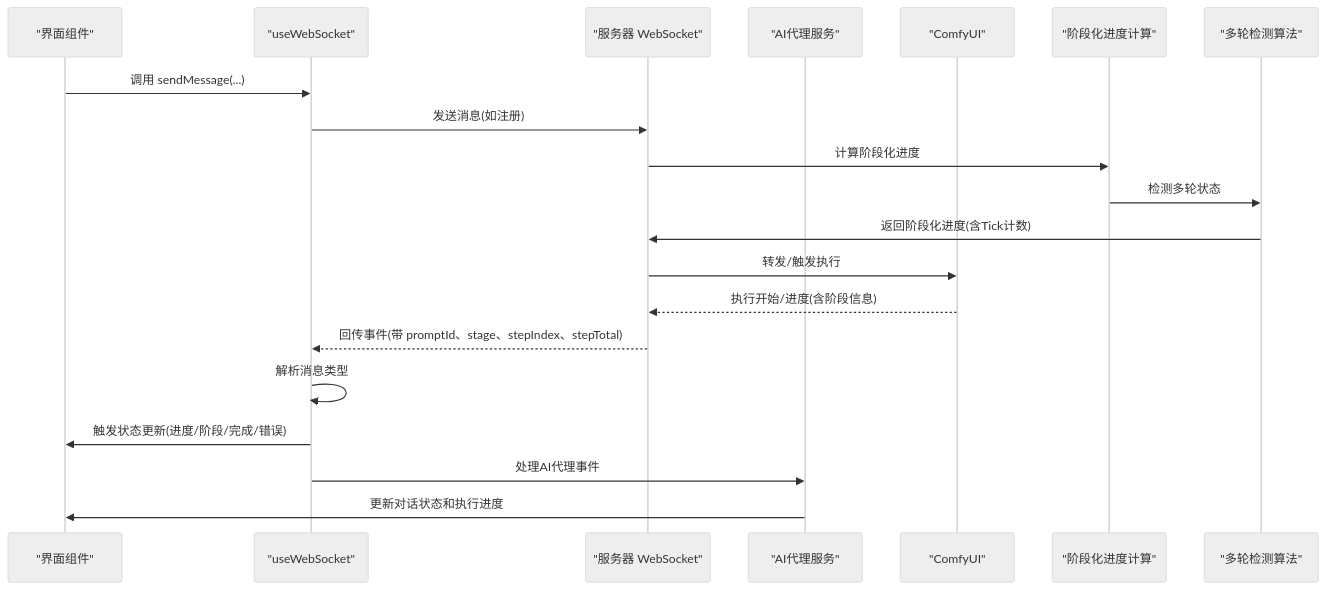
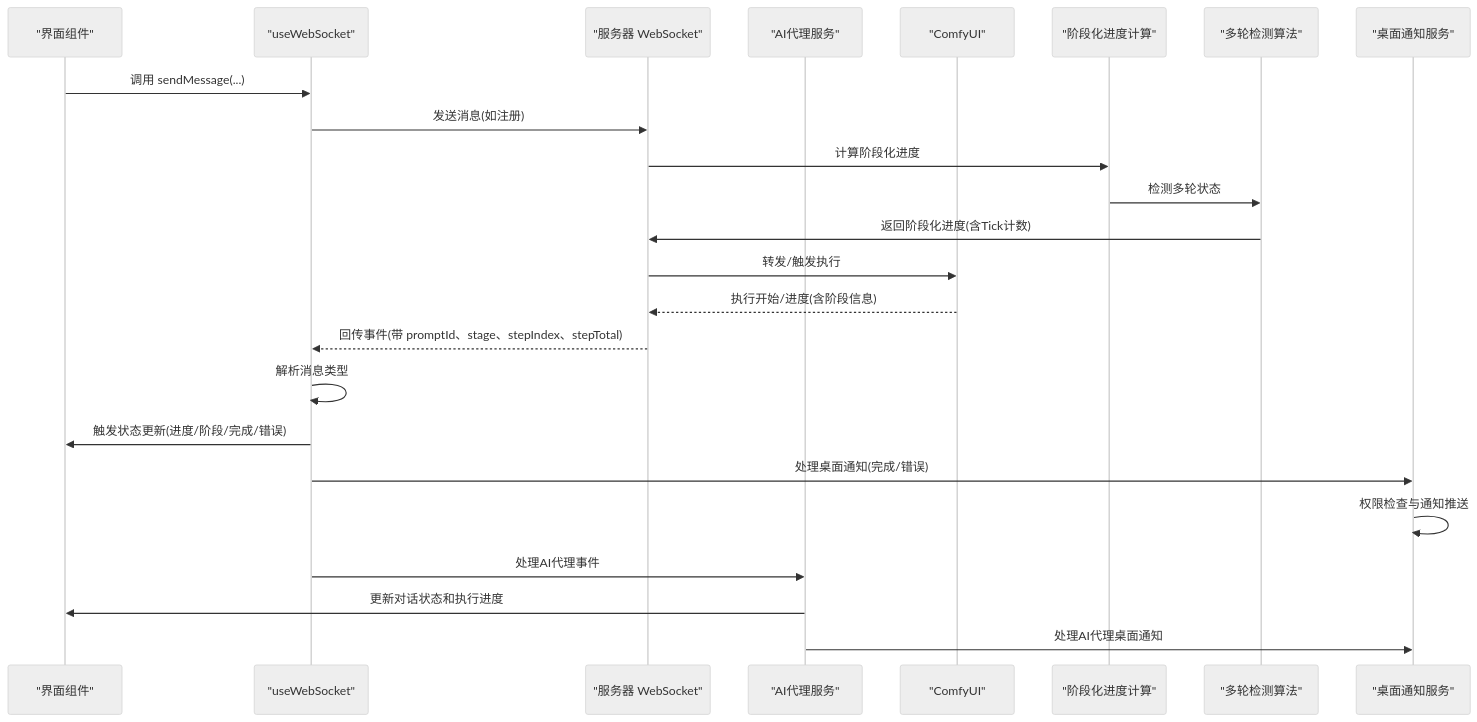
Before and after one commit to billye220670/CorineKit_Pix2Real: the second of 16 diagrams in .qoder/repowiki/zh/content/前端应用/WebSocket 通信.md, drawn with Mermaid (neutral theme). The commit also changed other lines of this file and 13 other files, not shown here.

````diff
--- a/.qoder/repowiki/zh/content/前端应用/WebSocket 通信.md
+++ b/.qoder/repowiki/zh/content/前端应用/WebSocket 通信.md
@@ -142,22 +162,26 @@
 ```mermaid
 sequenceDiagram
 participant UI as "界面组件"
 participant Hook as "useWebSocket"
 participant Srv as "服务器 WebSocket"
 participant Agent as "AI代理服务"
 participant Cfg as "ComfyUI"
 participant StageCalc as "阶段化进度计算"
 participant MultiRound as "多轮检测算法"
+participant DesktopNotify as "桌面通知服务"
 UI->>Hook : 调用 sendMessage(...)
 Hook->>Srv : 发送消息(如注册)
 Srv->>StageCalc : 计算阶段化进度
 StageCalc->>MultiRound : 检测多轮状态
 MultiRound->>Srv : 返回阶段化进度(含Tick计数)
 Srv->>Cfg : 转发/触发执行
 Cfg-->>Srv : 执行开始/进度(含阶段信息)
 Srv-->>Hook : 回传事件(带 promptId、stage、stepIndex、stepTotal)
 Hook->>Hook : 解析消息类型
 Hook->>UI : 触发状态更新(进度/阶段/完成/错误)
+Hook->>DesktopNotify : 处理桌面通知(完成/错误)
+DesktopNotify->>DesktopNotify : 权限检查与通知推送
 Hook->>Agent : 处理AI代理事件
 Agent->>UI : 更新对话状态和执行进度
+Agent->>DesktopNotify : 处理AI代理桌面通知
 ```
````
